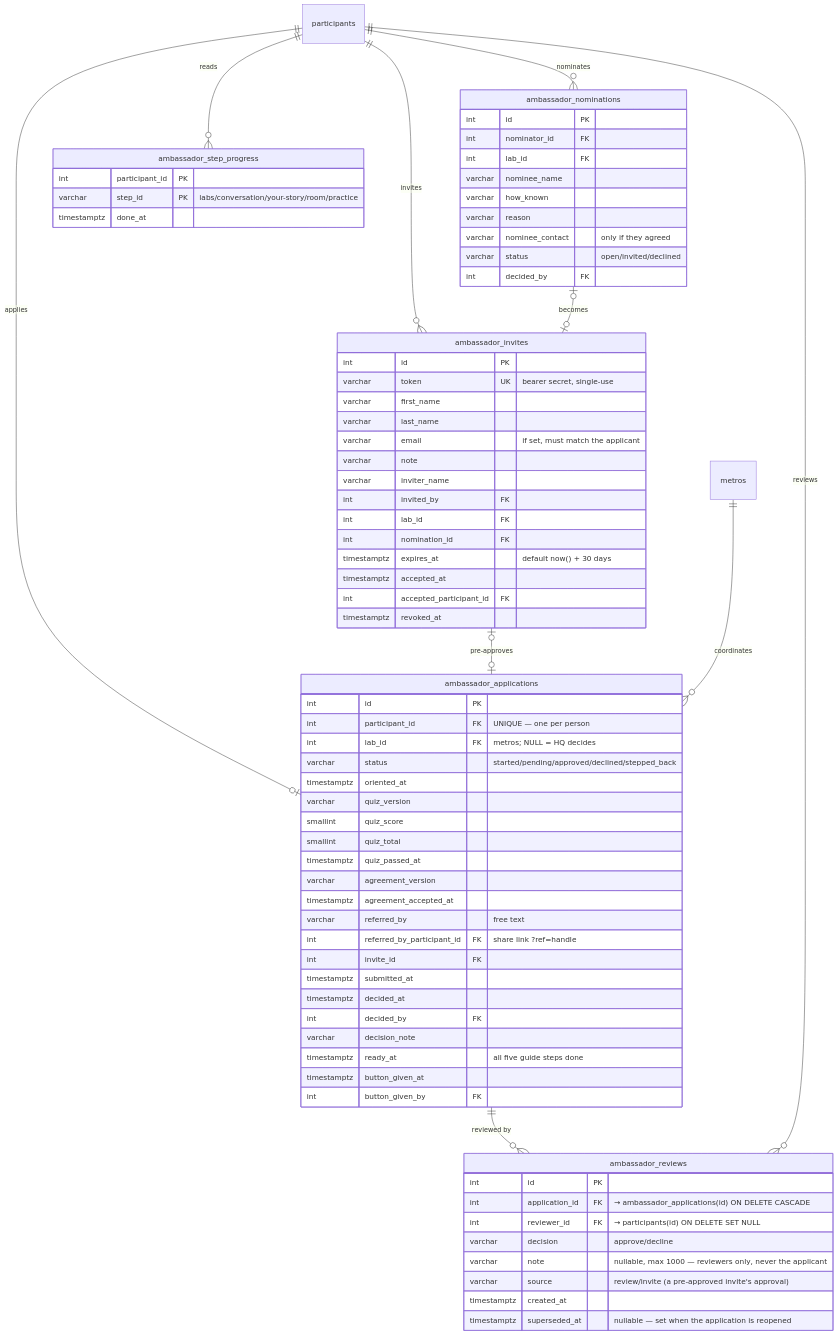
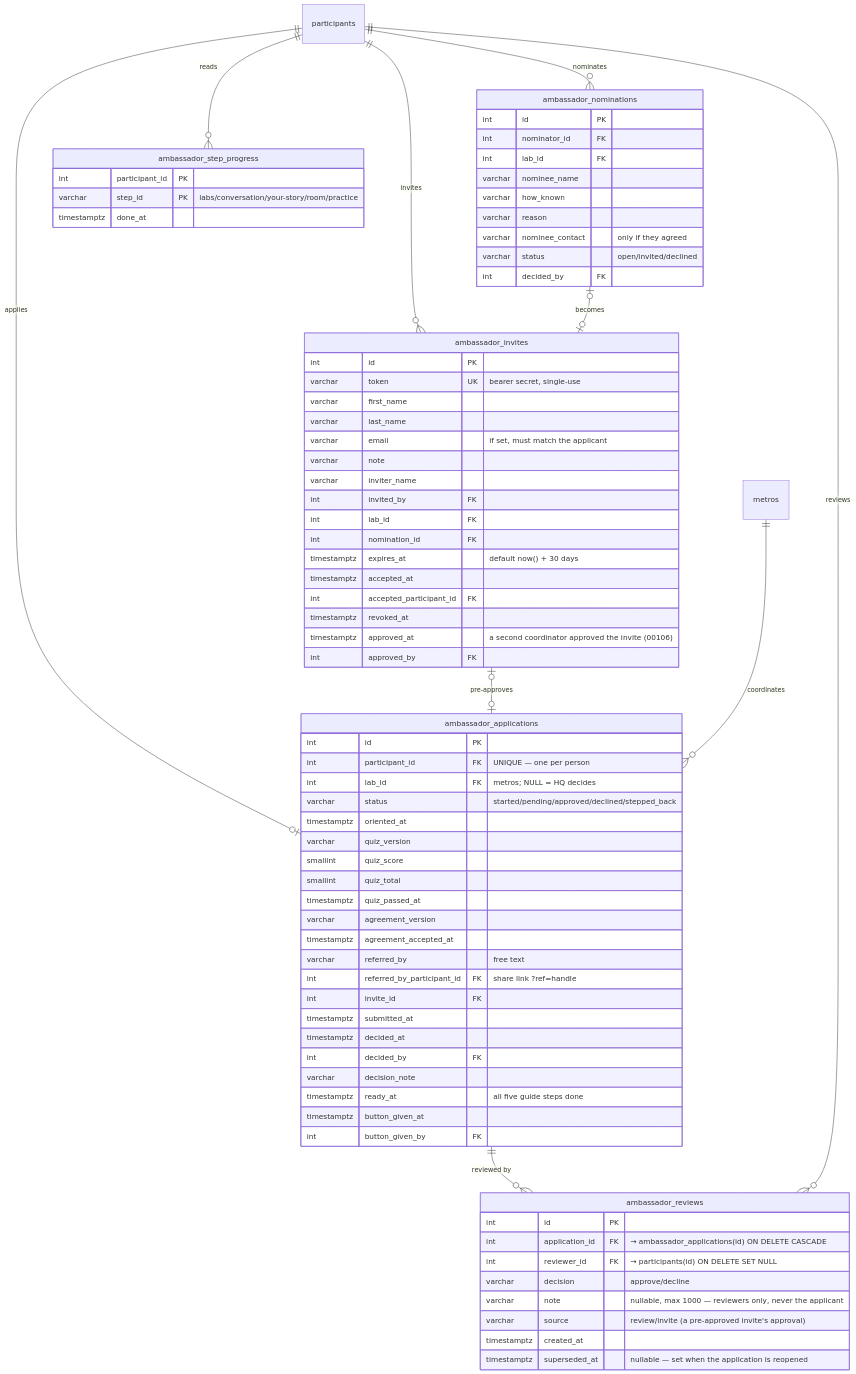
The seventh of 10 diagrams in SCHEMA.md (TheUpskillingLabs/OLOS), drawn with Mermaid before and after one commit. The commit also changed other lines of this file and 15 other files, not shown here.

First line of the commit message:
feat(ambassador): an invite is approved by a second coordinator before it grants the role

````diff
--- a/SCHEMA.md
+++ b/SCHEMA.md
@@ -528,79 +528,81 @@
 ```mermaid
 erDiagram
     ambassador_applications {
         int id PK
         int participant_id FK "UNIQUE — one per person"
         int lab_id FK "metros; NULL = HQ decides"
         varchar status "started/pending/approved/declined/stepped_back"
         timestamptz oriented_at
         varchar quiz_version
         smallint quiz_score
         smallint quiz_total
         timestamptz quiz_passed_at
         varchar agreement_version
         timestamptz agreement_accepted_at
         varchar referred_by "free text"
         int referred_by_participant_id FK "share link ?ref=handle"
         int invite_id FK
         timestamptz submitted_at
         timestamptz decided_at
         int decided_by FK
         varchar decision_note
         timestamptz ready_at "all five guide steps done"
         timestamptz button_given_at
         int button_given_by FK
     }
     ambassador_invites {
         int id PK
         varchar token UK "bearer secret, single-use"
         varchar first_name
         varchar last_name
         varchar email "if set, must match the applicant"
         varchar note
         varchar inviter_name
         int invited_by FK
         int lab_id FK
         int nomination_id FK
         timestamptz expires_at "default now() + 30 days"
         timestamptz accepted_at
         int accepted_participant_id FK
         timestamptz revoked_at
+        timestamptz approved_at "a second coordinator approved the invite (00106)"
+        int approved_by FK
     }
     ambassador_nominations {
         int id PK
         int nominator_id FK
         int lab_id FK
         varchar nominee_name
         varchar how_known
         varchar reason
         varchar nominee_contact "only if they agreed"
         varchar status "open/invited/declined"
         int decided_by FK
     }
     ambassador_step_progress {
         int participant_id PK
         varchar step_id PK "labs/conversation/your-story/room/practice"
         timestamptz done_at
     }
 
     participants ||--o| ambassador_applications : "applies"
     participants ||--o{ ambassador_invites : "invites"
     ambassador_invites |o--o| ambassador_applications : "pre-approves"
     participants ||--o{ ambassador_nominations : "nominates"
     ambassador_nominations |o--o| ambassador_invites : "becomes"
     participants ||--o{ ambassador_step_progress : "reads"
     metros ||--o{ ambassador_applications : "coordinates"
     ambassador_applications ||--o{ ambassador_reviews : "reviewed by"
     participants ||--o{ ambassador_reviews : "reviews"
 
     ambassador_reviews {
         int id PK
         int application_id FK "→ ambassador_applications(id) ON DELETE CASCADE"
         int reviewer_id FK "→ participants(id) ON DELETE SET NULL"
         varchar decision "approve/decline"
         varchar note "nullable, max 1000 — reviewers only, never the applicant"
         varchar source "review/invite (a pre-approved invite's approval)"
         timestamptz created_at
         timestamptz superseded_at "nullable — set when the application is reopened"
     }
 ```
````
